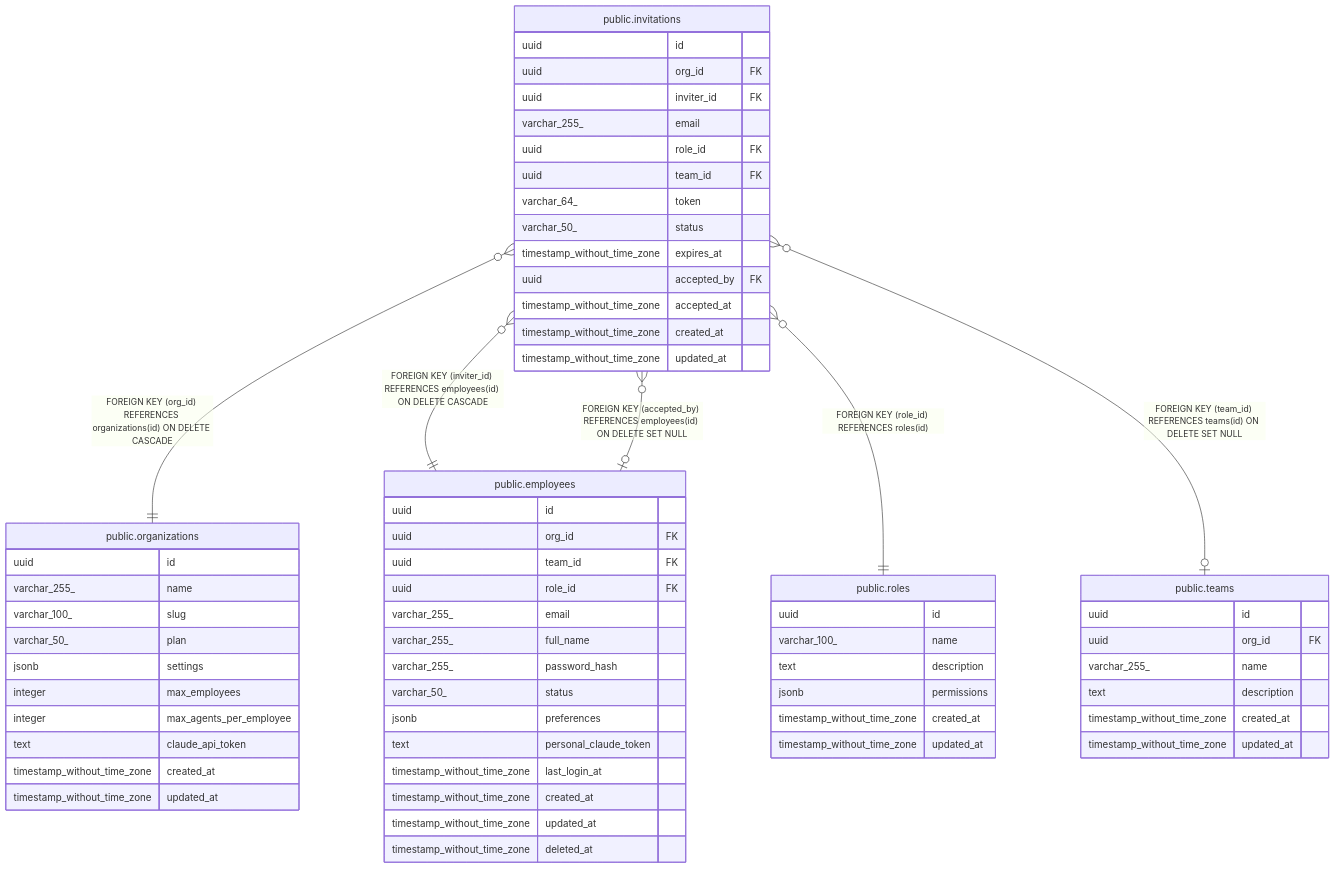
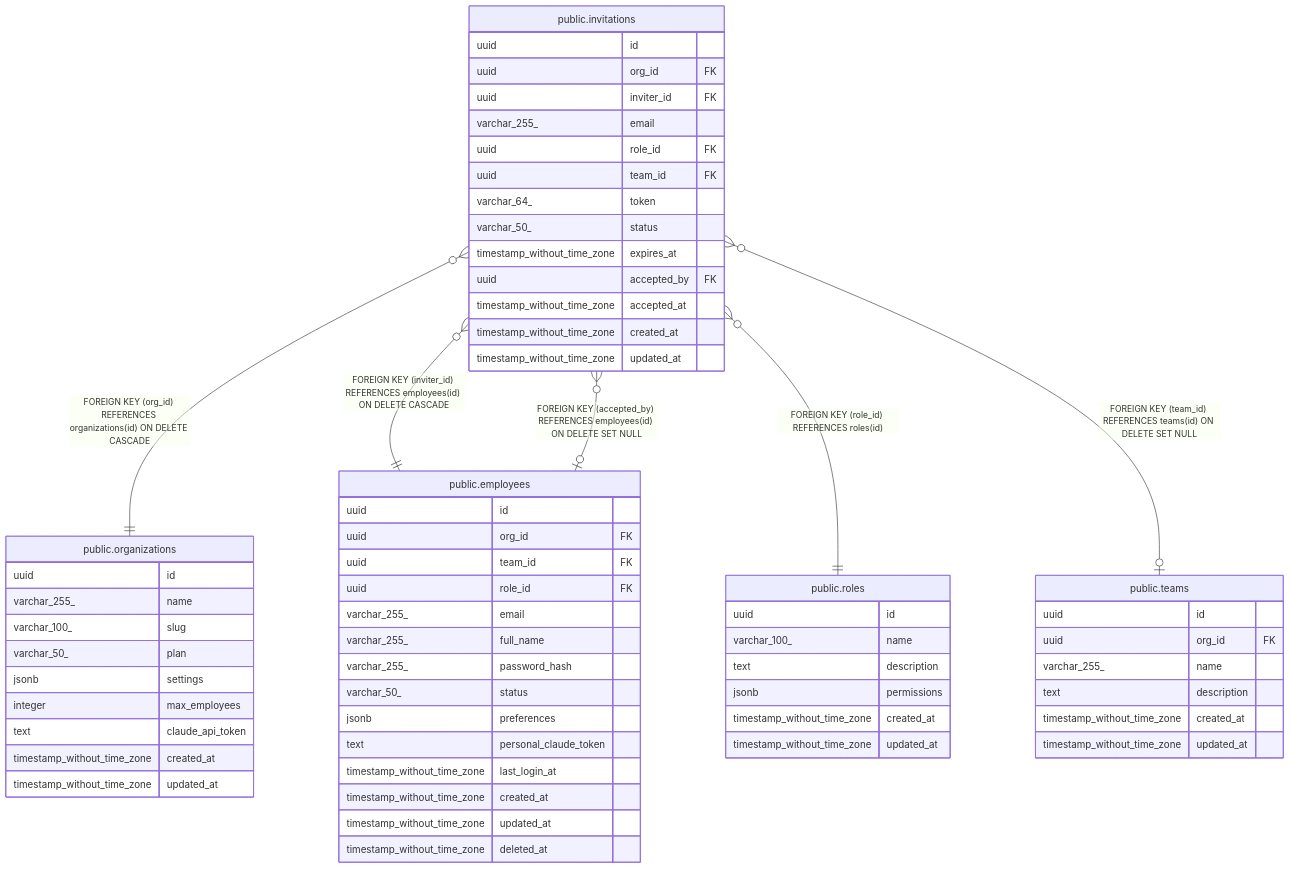
Before and after one commit to rastrigin-systems/arfa: the diagram in docs/public.invitations.md, drawn with Mermaid. The commit also changed 154 other files, not shown here.

First line of the commit message:
refactor: Pivot CLI from agent-sync to proxy-first architecture (#391)

````diff
--- a/docs/public.invitations.md
+++ b/docs/public.invitations.md
@@ -59,69 +59,68 @@
 ```mermaid
 erDiagram
 
 "public.invitations" }o--|| "public.organizations" : "FOREIGN KEY (org_id) REFERENCES organizations(id) ON DELETE CASCADE"
 "public.invitations" }o--|| "public.employees" : "FOREIGN KEY (inviter_id) REFERENCES employees(id) ON DELETE CASCADE"
 "public.invitations" }o--|| "public.roles" : "FOREIGN KEY (role_id) REFERENCES roles(id)"
 "public.invitations" }o--o| "public.teams" : "FOREIGN KEY (team_id) REFERENCES teams(id) ON DELETE SET NULL"
 "public.invitations" }o--o| "public.employees" : "FOREIGN KEY (accepted_by) REFERENCES employees(id) ON DELETE SET NULL"
 
 "public.invitations" {
   uuid id
   uuid org_id FK
   uuid inviter_id FK
   varchar_255_ email
   uuid role_id FK
   uuid team_id FK
   varchar_64_ token
   varchar_50_ status
   timestamp_without_time_zone expires_at
   uuid accepted_by FK
   timestamp_without_time_zone accepted_at
   timestamp_without_time_zone created_at
   timestamp_without_time_zone updated_at
 }
 "public.organizations" {
   uuid id
   varchar_255_ name
   varchar_100_ slug
   varchar_50_ plan
   jsonb settings
   integer max_employees
-  integer max_agents_per_employee
   text claude_api_token
   timestamp_without_time_zone created_at
   timestamp_without_time_zone updated_at
 }
 "public.employees" {
   uuid id
   uuid org_id FK
   uuid team_id FK
   uuid role_id FK
   varchar_255_ email
   varchar_255_ full_name
   varchar_255_ password_hash
   varchar_50_ status
   jsonb preferences
   text personal_claude_token
   timestamp_without_time_zone last_login_at
   timestamp_without_time_zone created_at
   timestamp_without_time_zone updated_at
   timestamp_without_time_zone deleted_at
 }
 "public.roles" {
   uuid id
   varchar_100_ name
   text description
   jsonb permissions
   timestamp_without_time_zone created_at
   timestamp_without_time_zone updated_at
 }
 "public.teams" {
   uuid id
   uuid org_id FK
   varchar_255_ name
   text description
   timestamp_without_time_zone created_at
   timestamp_without_time_zone updated_at
 }
 ```
````
